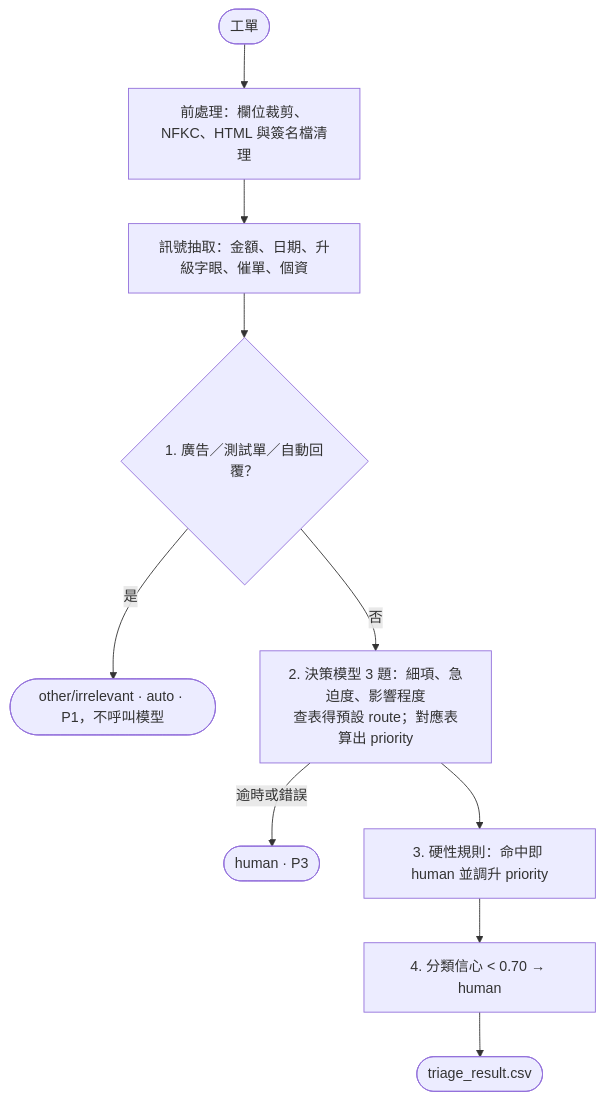
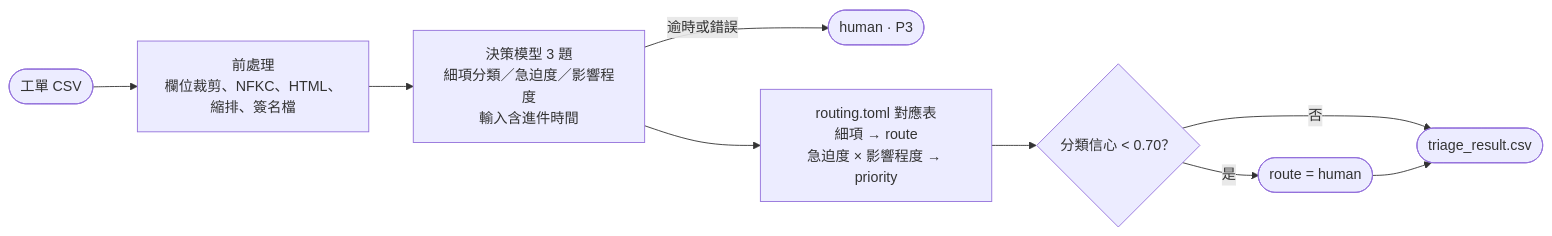
One commit to tarohuang1999-droid/ai-customer-service-assessment changed the diagram in poc/README.md. Above: the diagram before and after it, drawn with Mermaid. The commit also changed other lines of this file, not shown here.

First line of the commit message:
docs(poc): add prerequisites and document config-mapping flow

````diff
--- a/poc/README.md
+++ b/poc/README.md
@@ -77,12 +69,11 @@
 ```mermaid
-flowchart TD
-    In([工單]) --> Pre[前處理：欄位裁剪、NFKC、HTML 與簽名檔清理]
-    Pre --> Sig[訊號抽取：金額、日期、升級字眼、催單、個資]
-    Sig --> S1{1. 廣告／測試單／自動回覆？}
-    S1 -->|是| Arc([other/irrelevant · auto · P1，不呼叫模型])
-    S1 -->|否| S2[2. 決策模型 3 題：細項、急迫度、影響程度<br>查表得預設 route；對應表算出 priority]
-    S2 -->|逾時或錯誤| Fail([human · P3])
-    S2 --> S3[3. 硬性規則：命中即 human 並調升 priority]
-    S3 --> S4[4. 分類信心 < 0.70 → human]
-    S4 --> Out([triage_result.csv])
+flowchart LR
+    In([工單 CSV]) --> Pre[前處理<br>欄位裁剪、NFKC、HTML、縮排、簽名檔]
+    Pre --> M[決策模型 3 題<br>細項分類／急迫度／影響程度<br>輸入含進件時間]
+    M -->|逾時或錯誤| Fail([human · P3])
+    M --> Map[routing.toml 對應表<br>細項 → route<br>急迫度 × 影響程度 → priority]
+    Map --> C{分類信心 < 0.70？}
+    C -->|是| H([route = human])
+    C -->|否| Out([triage_result.csv])
+    H --> Out
 ```
````
